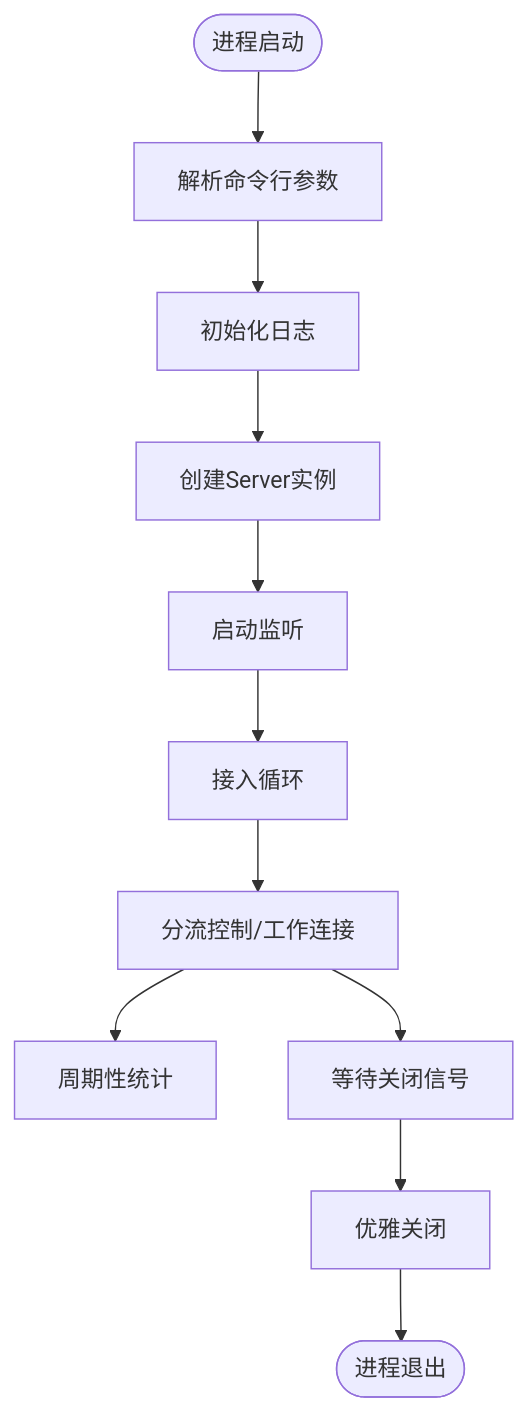
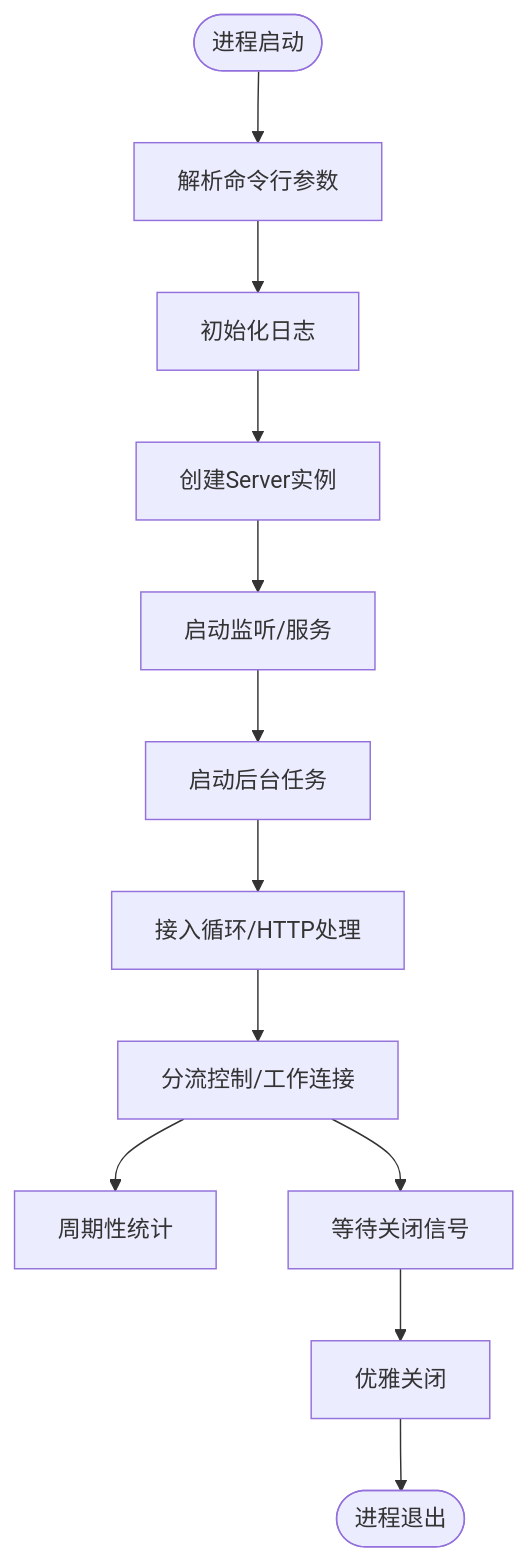
One commit to itsharex/NexTunnel changed the seventh of 8 diagrams in .qoder/repowiki/zh/content/服务端架构/服务端架构.md. Above: the diagram before and after it, drawn with Mermaid. The commit also changed other lines of this file and 32 other files, not shown here.

````diff
--- a/.qoder/repowiki/zh/content/服务端架构/服务端架构.md
+++ b/.qoder/repowiki/zh/content/服务端架构/服务端架构.md
@@ -181,13 +337,14 @@
 ```mermaid
 flowchart TD
 Start(["进程启动"]) --> Parse["解析命令行参数"]
 Parse --> InitLogger["初始化日志"]
 InitLogger --> NewServer["创建Server实例"]
-NewServer --> Run["启动监听"]
-Run --> Accept["接入循环"]
+NewServer --> Run["启动监听/服务"]
+Run --> Background["启动后台任务"]
+Background --> Accept["接入循环/HTTP处理"]
 Accept --> Handle["分流控制/工作连接"]
 Handle --> StatsTicker["周期性统计"]
 Handle --> Graceful["等待关闭信号"]
 Graceful --> Shutdown["优雅关闭"]
 Shutdown --> End(["进程退出"])
 ```
````
